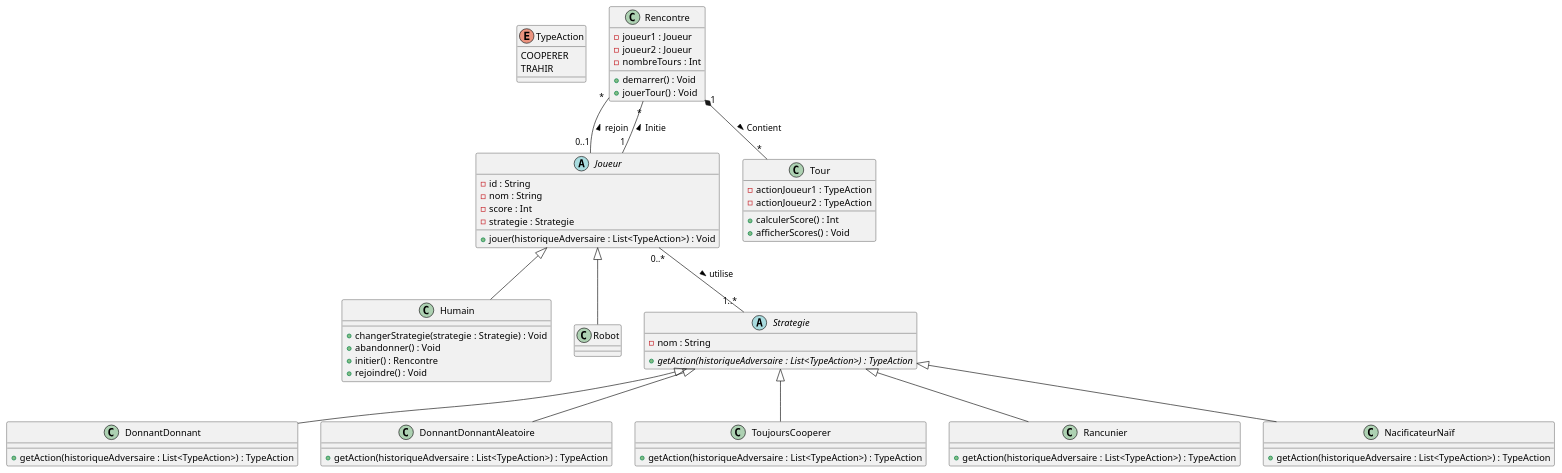
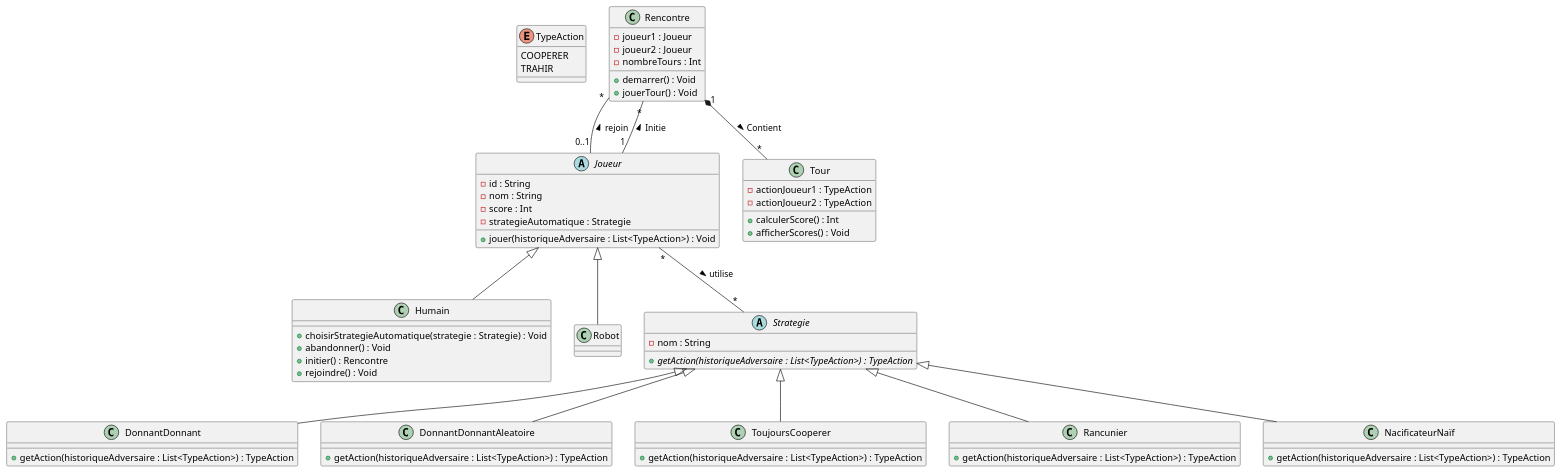
One commit to nicomr70/prisonners-dilemma changed the diagram in UML/uml_1.puml. Above: the diagram before and after it, drawn with PlantUML. The commit also changed 1 other file, not shown here.

Commit message:
correction uml :)

```diff
--- a/UML/uml_1.puml
+++ b/UML/uml_1.puml
@@ -1,81 +1,81 @@
 @startuml
 
 enum TypeAction {
     COOPERER
     TRAHIR
 }
 
 
 abstract Joueur {
     - id : String
     - nom : String
     - score : Int
-    - strategie : Strategie
+    - strategieAutomatique : Strategie
     + jouer(historiqueAdversaire : List<TypeAction>) : Void
 }
 
 
 class Humain extends Joueur{
-    + changerStrategie(strategie : Strategie) : Void
+    + choisirStrategieAutomatique(strategie : Strategie) : Void
     + abandonner() : Void
     + initier() : Rencontre
     + rejoindre() : Void
 }
 
 class Robot extends Joueur {
     }
 
 
 class Rencontre {
     - joueur1 : Joueur
     - joueur2 : Joueur
     - nombreTours : Int
     + demarrer() : Void
     + jouerTour() : Void
 
 }
 
 class Tour {
     - actionJoueur1 : TypeAction
     - actionJoueur2 : TypeAction
     + calculerScore() : Int
     + afficherScores() : Void
 }
 
 abstract class Strategie {
     - nom : String
     {abstract} + getAction(historiqueAdversaire : List<TypeAction>) : TypeAction
    }
 
 class DonnantDonnant extends Strategie {
    + getAction(historiqueAdversaire : List<TypeAction>) : TypeAction
 
 }
 
 class DonnantDonnantAleatoire extends Strategie {
     + getAction(historiqueAdversaire : List<TypeAction>) : TypeAction
 
 }
 
 class ToujoursCooperer extends Strategie {
     + getAction(historiqueAdversaire : List<TypeAction>) : TypeAction
 
 }
 
 class Rancunier extends Strategie {
     + getAction(historiqueAdversaire : List<TypeAction>) : TypeAction
 
 }
 
 class NacificateurNaïf extends Strategie {
     + getAction(historiqueAdversaire : List<TypeAction>) : TypeAction
 
 }
 
 
-Joueur "0..*" -- "1..*" Strategie : utilise >
+Joueur "*" -- "*" Strategie : utilise >
 Rencontre "*" -- "0..1" Joueur : rejoin <
 Rencontre "*" -- "1" Joueur : Initie <
 Rencontre "1" *-- "*" Tour : Contient >
 
 @enduml
```
